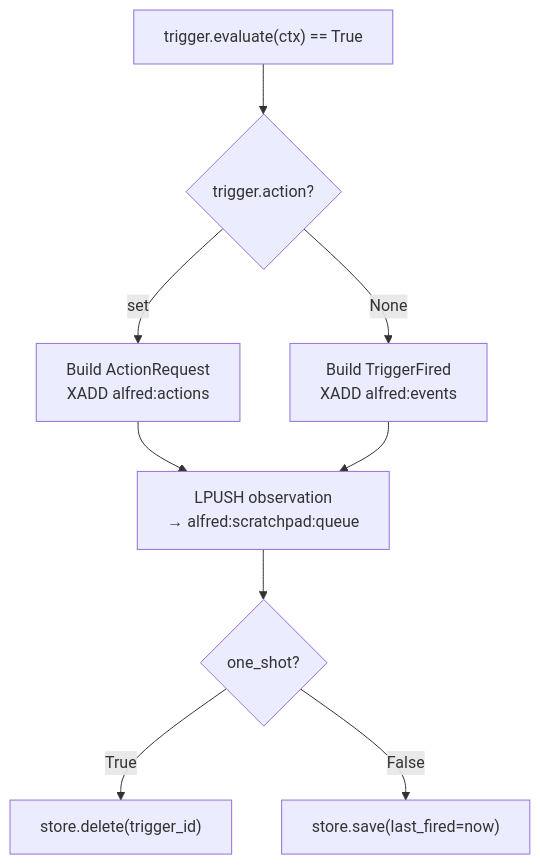
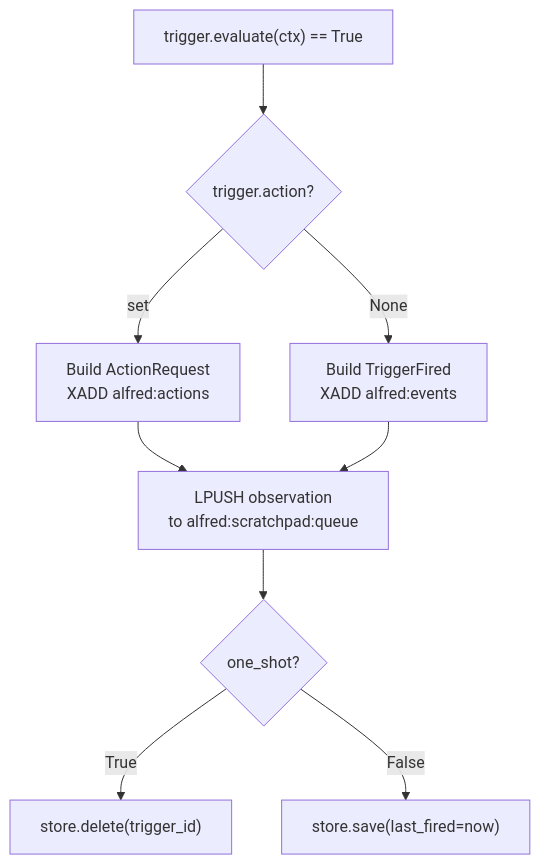
Before and after one commit to anirudhlath/alfred: the fifth of 5 diagrams in docs/trigger-engine.md, drawn with Mermaid. The commit also changed other lines of this file, not shown here.

First line of the commit message:
fix(docs): replace arrow chars in mermaid node labels

````diff
--- a/docs/trigger-engine.md
+++ b/docs/trigger-engine.md
@@ -363,11 +363,11 @@
 ```mermaid
 graph TD
     Eval["trigger.evaluate(ctx) == True"] --> HasAction{trigger.action?}
     HasAction -->|set| AR["Build ActionRequest<br/>XADD alfred:actions"]
     HasAction -->|None| TF["Build TriggerFired<br/>XADD alfred:events"]
-    AR --> Obs["LPUSH observation<br/>→ alfred:scratchpad:queue"]
+    AR --> Obs["LPUSH observation<br/>to alfred:scratchpad:queue"]
     TF --> Obs
     Obs --> OneShot{one_shot?}
     OneShot -->|True| Delete["store.delete(trigger_id)"]
     OneShot -->|False| Update["store.save(last_fired=now)"]
 ```
````
